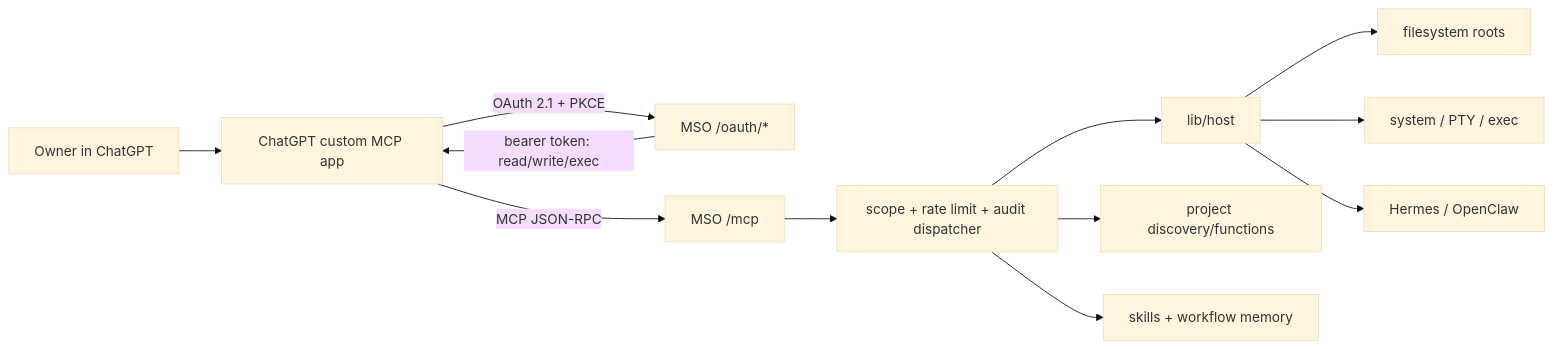
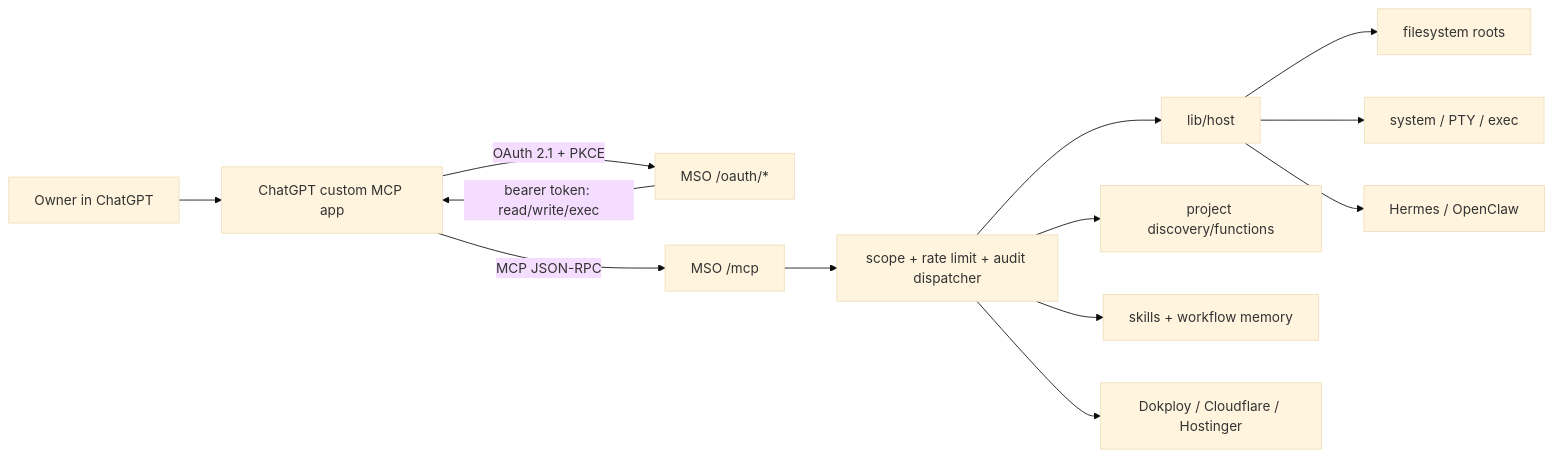
The first of 6 diagrams in docs/CHATGPT-PLUGIN.md (rahmanef63/mso), drawn with Mermaid (base theme) before and after one commit. The commit also changed other lines of this file and 55 other files, not shown here.

````diff
--- a/docs/CHATGPT-PLUGIN.md
+++ b/docs/CHATGPT-PLUGIN.md
@@ -27,14 +27,15 @@
 ```mermaid
 flowchart LR
   U[Owner in ChatGPT] --> CG[ChatGPT custom MCP app]
   CG -->|OAuth 2.1 + PKCE| OA[MSO /oauth/*]
   OA -->|bearer token: read/write/exec| CG
   CG -->|MCP JSON-RPC| M[MSO /mcp]
   M --> D[scope + rate limit + audit dispatcher]
   D --> H[lib/host]
   D --> PR[project discovery/functions]
   D --> SK[skills + workflow memory]
+  D --> INF[Dokploy / Cloudflare / Hostinger]
   H --> FS[filesystem roots]
   H --> SYS[system / PTY / exec]
   H --> AP[Hermes / OpenClaw]
 ```
````
